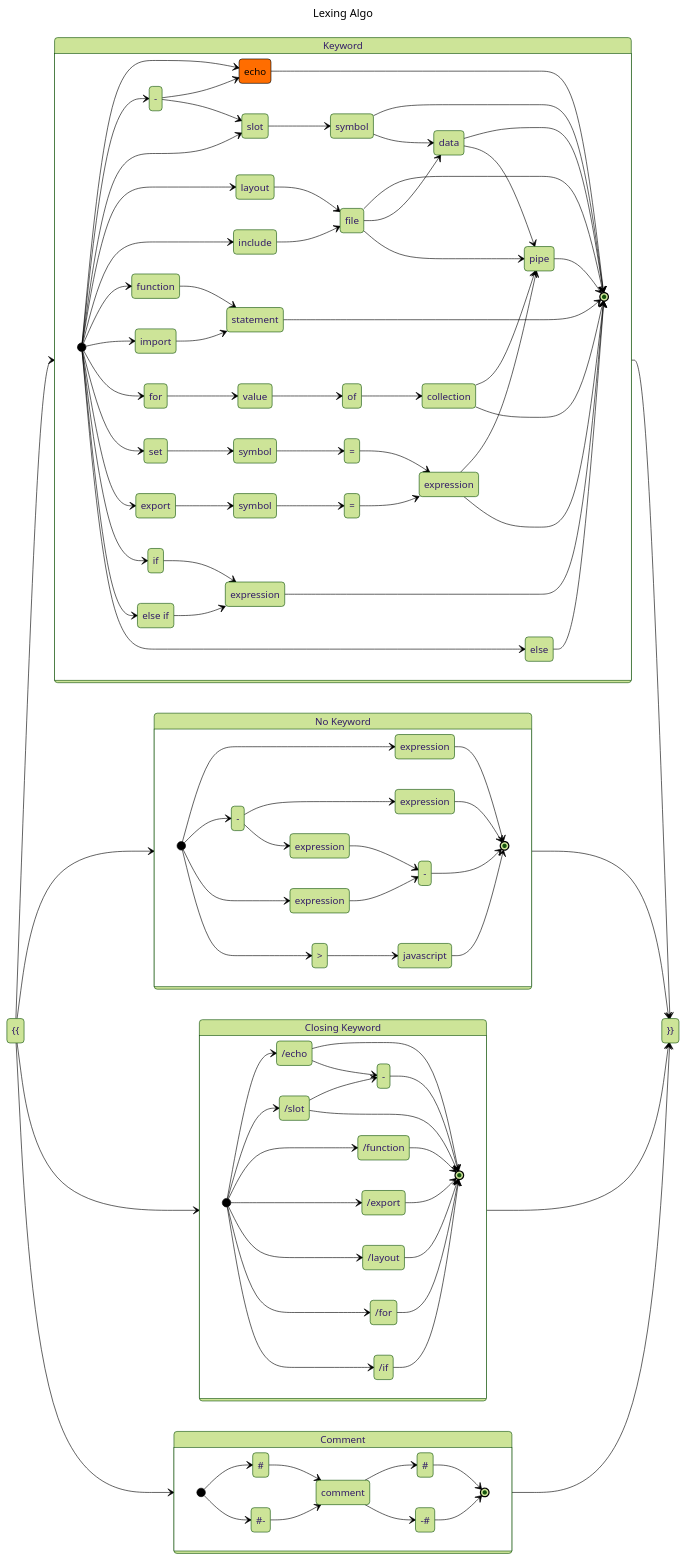
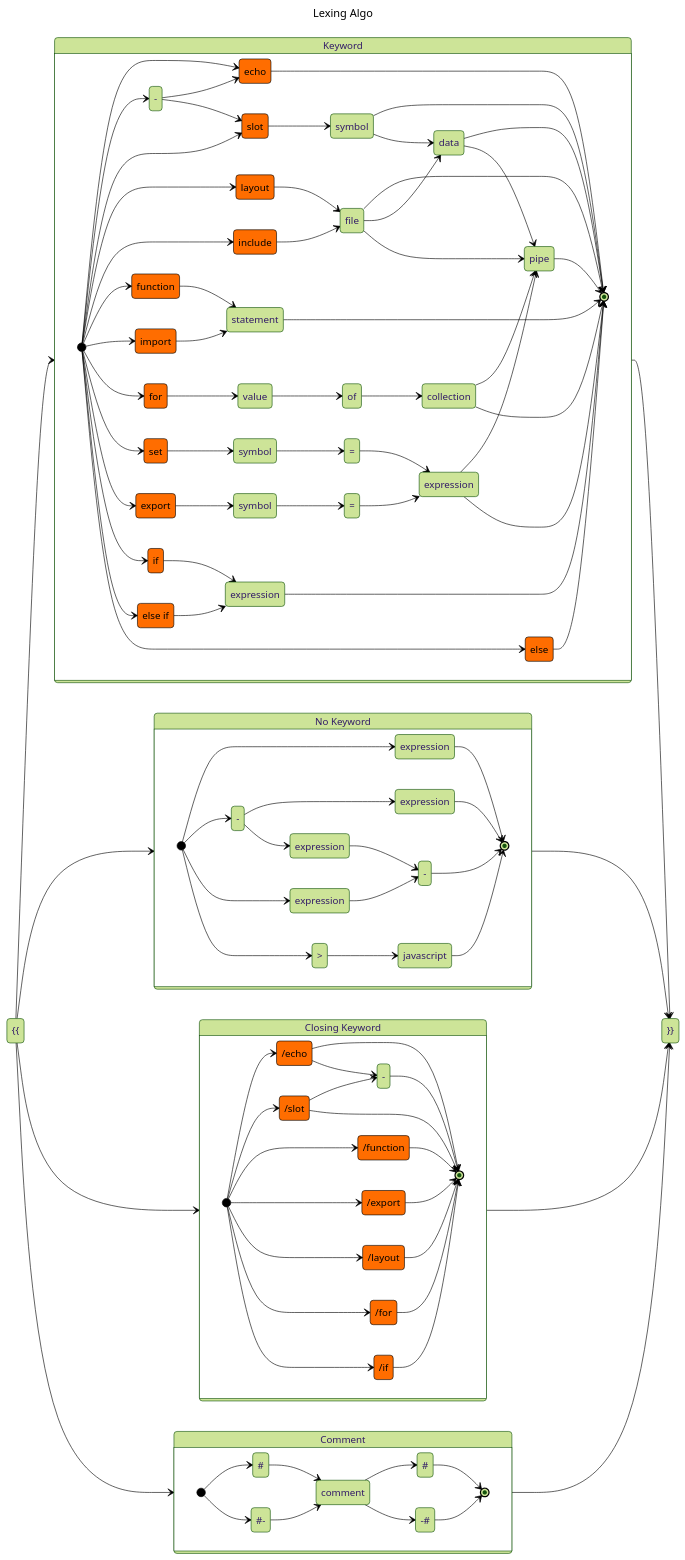
The first of 12 diagrams in statemachine-v2.md (ventojs/webstorm-vento), drawn with Mermaid before and after one commit.

Commit message:
chore(docs): extend state styling in Mermaid diagram
- Added custom styles for additional states (`function`, `import`, `export`, `layout`, etc.) in `statemachine-v2.md` for improved visualization and consistency.

````diff
--- a/statemachine-v2.md
+++ b/statemachine-v2.md
@@ -206,5 +206,24 @@
     comment --> close
 
     style echo stroke:#000000,fill:#FF6D00,color:#000000
+    style function stroke:#000000,fill:#FF6D00,color:#000000
+    style import stroke:#000000,fill:#FF6D00,color:#000000
+    style export stroke:#000000,fill:#FF6D00,color:#000000
+    style layout stroke:#000000,fill:#FF6D00,color:#000000
+    style include stroke:#000000,fill:#FF6D00,color:#000000
+    style set stroke:#000000,fill:#FF6D00,color:#000000
+    style slot stroke:#000000,fill:#FF6D00,color:#000000
+    style for stroke:#000000,fill:#FF6D00,color:#000000
+    style if stroke:#000000,fill:#FF6D00,color:#000000
+    style else stroke:#000000,fill:#FF6D00,color:#000000
+    style elseif stroke:#000000,fill:#FF6D00,color:#000000
+
+    style cecho stroke:#000000,fill:#FF6D00,color:#000000
+    style cfunction stroke:#000000,fill:#FF6D00,color:#000000
+    style cexport stroke:#000000,fill:#FF6D00,color:#000000
+    style clayout stroke:#000000,fill:#FF6D00,color:#000000
+    style cslot stroke:#000000,fill:#FF6D00,color:#000000
+    style cfor stroke:#000000,fill:#FF6D00,color:#000000
+    style cif stroke:#000000,fill:#FF6D00,color:#000000
 
 ```
````
